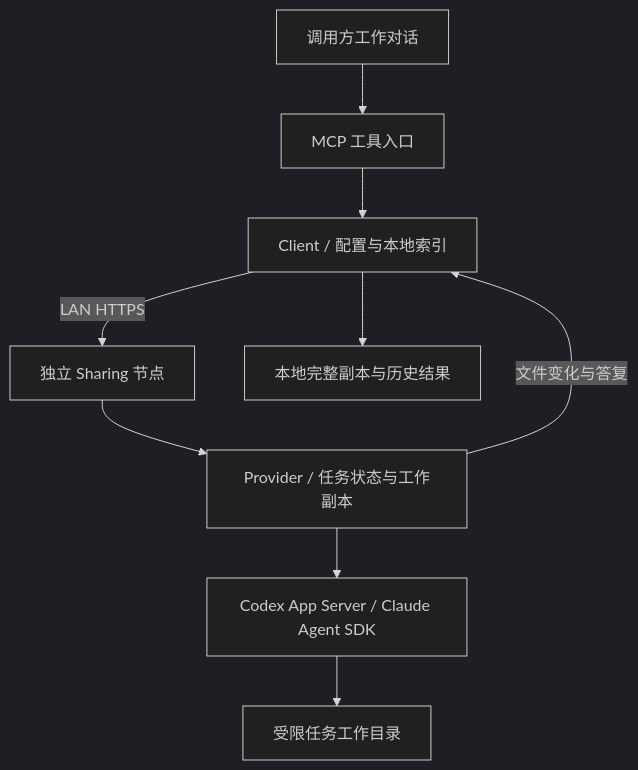
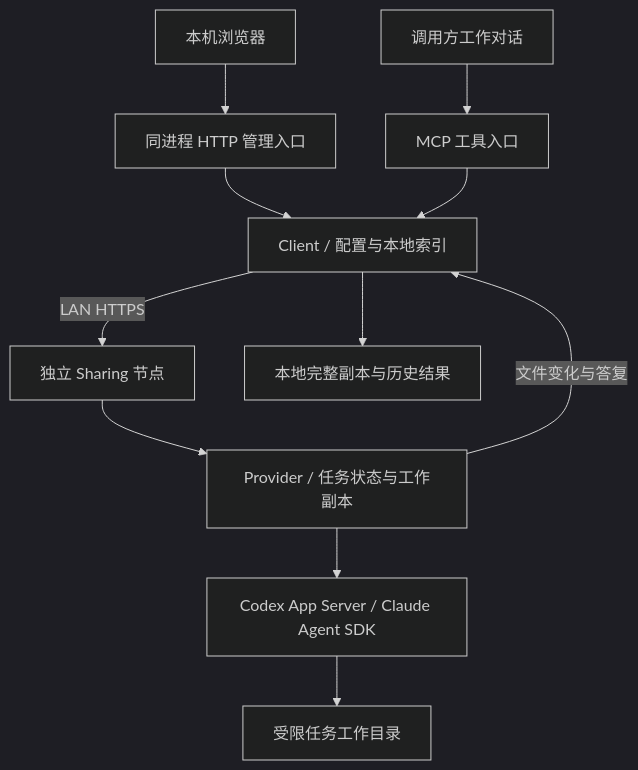
Before and after one commit to mekoand/sub2sub: the diagram in docs/architecture.md, drawn with Mermaid (dark theme). The commit also changed other lines of this file and 35 other files, not shown here.

````diff
--- a/docs/architecture.md
+++ b/docs/architecture.md
@@ -7,11 +7,13 @@
 ```mermaid
 flowchart TB
     U[调用方工作对话] --> M[MCP 工具入口]
+    B[本机浏览器] --> H[同进程 HTTP 管理入口]
+    H --> C
     M --> C[Client / 配置与本地索引]
     C -->|LAN HTTPS| S[独立 Sharing 节点]
     S --> P[Provider / 任务状态与工作副本]
     P --> A[Codex App Server / Claude Agent SDK]
     A --> W[受限任务工作目录]
     P -->|文件变化与答复| C
     C --> L[本地完整副本与历史结果]
 ```
````
